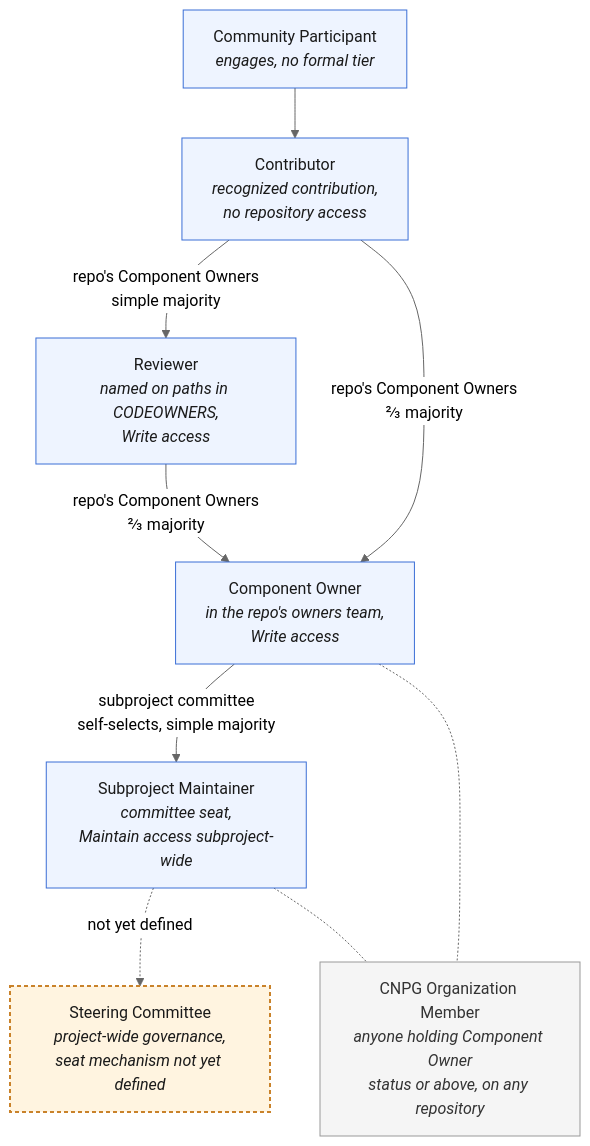
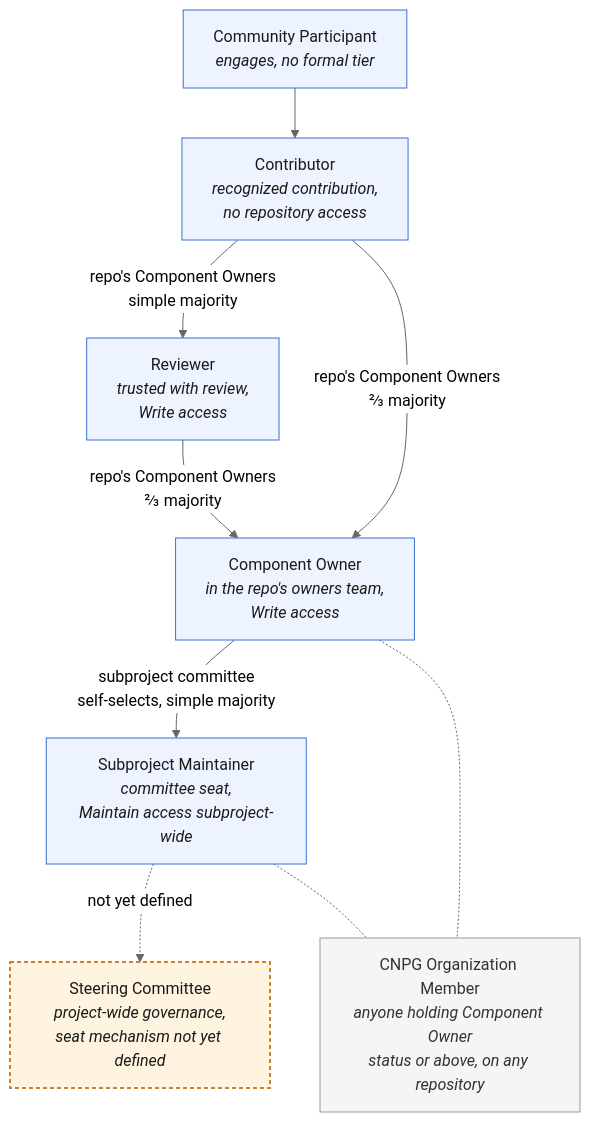
One commit to cloudnative-pg/governance changed the diagram in CONTRIBUTOR_LADDER.md. Above: the diagram before and after it, drawn with Mermaid (neutral theme). The commit also changed other lines of this file and 1 other file, not shown here.

First line of the commit message:
docs: make CODEOWNERS paths optional for Reviewers (#87)

````diff
--- a/CONTRIBUTOR_LADDER.md
+++ b/CONTRIBUTOR_LADDER.md
@@ -56,28 +57,28 @@
 ```mermaid
 flowchart TD
     CP["Community Participant<br/><i>engages, no formal tier</i>"]
     CT["Contributor<br/><i>recognized contribution,<br/>no repository access</i>"]
-    RV["Reviewer<br/><i>named on paths in CODEOWNERS,<br/>Write access</i>"]
+    RV["Reviewer<br/><i>trusted with review,<br/>Write access</i>"]
     CO["Component Owner<br/><i>in the repo's owners team,<br/>Write access</i>"]
     SM["Subproject Maintainer<br/><i>committee seat,<br/>Maintain access subproject-wide</i>"]
     SC["Steering Committee<br/><i>project-wide governance,<br/>seat mechanism not yet defined</i>"]
 
     CP --> CT
     CT -->|"repo's Component Owners<br/>simple majority"| RV
     CT -->|"repo's Component Owners<br/>⅔ majority"| CO
     RV -->|"repo's Component Owners<br/>⅔ majority"| CO
     CO -->|"subproject committee<br/>self-selects, simple majority"| SM
     SM -.->|"not yet defined"| SC
 
     OM["CNPG Organization Member<br/><i>anyone holding Component Owner<br/>status or above, on any repository</i>"]
     CO -.- OM
     SM -.- OM
 
     classDef rung fill:#eef4ff,stroke:#3b6fd6,stroke-width:1px,color:#1a1a1a;
     classDef open fill:#fff4e0,stroke:#c9822a,stroke-width:2px,stroke-dasharray:4 3,color:#1a1a1a;
     classDef note fill:#f5f5f5,stroke:#999999,stroke-width:1px,color:#333333;
 
     class CP,CT,RV,CO,SM rung;
     class SC open;
     class OM note;
 ```
````
